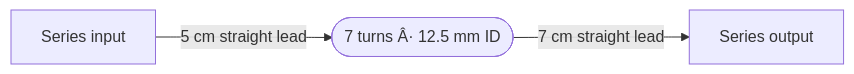
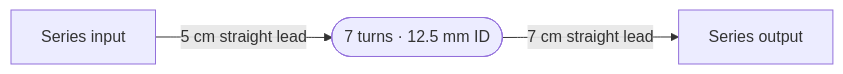
Before and after one commit to SurasakNie/naodec: the second of 2 diagrams in README.md, drawn with Mermaid. The commit also changed other lines of this file, not shown here.

````diff
--- a/README.md
+++ b/README.md
@@ -117,5 +117,5 @@
 ```mermaid
 flowchart LR
-  IN["Series input"] -->|"5 cm straight lead"| C1(["7 turns Â· 12.5 mm ID"])
+  IN["Series input"] -->|"5 cm straight lead"| C1(["7 turns · 12.5 mm ID"])
   C1 -->|"7 cm straight lead"| OUT["Series output"]
 ```
````
